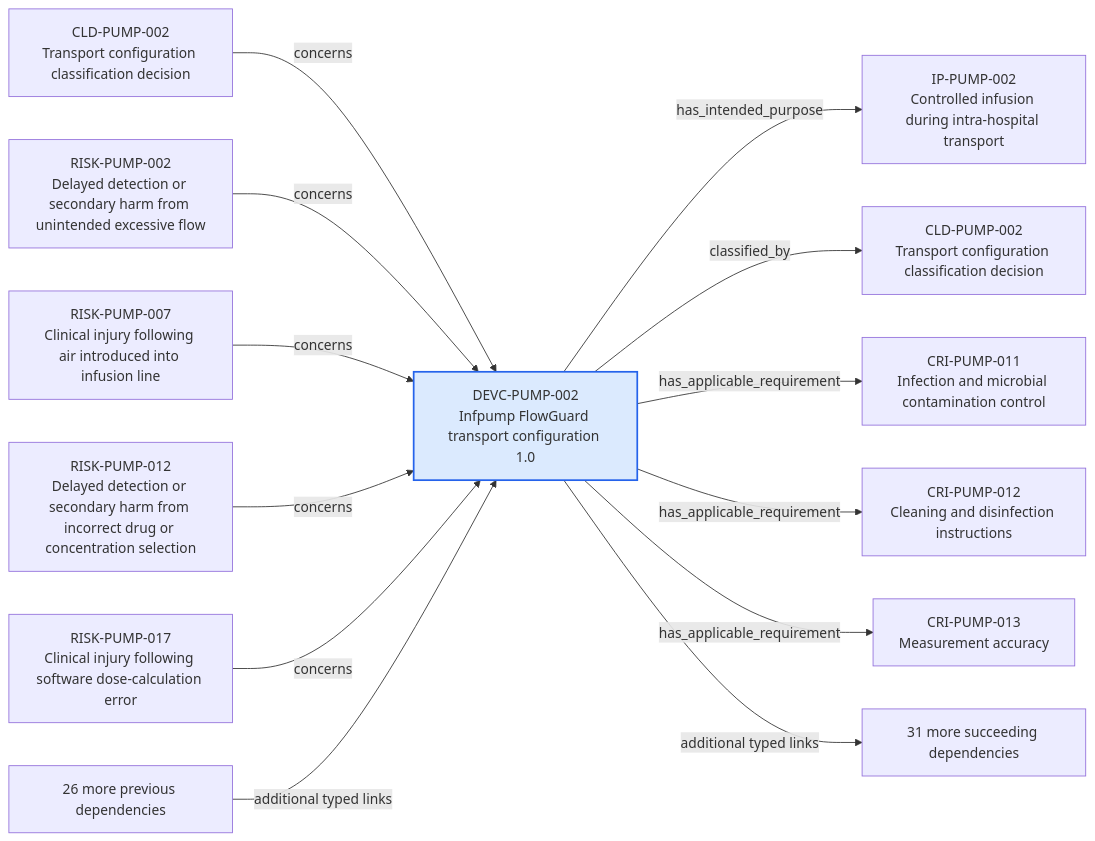
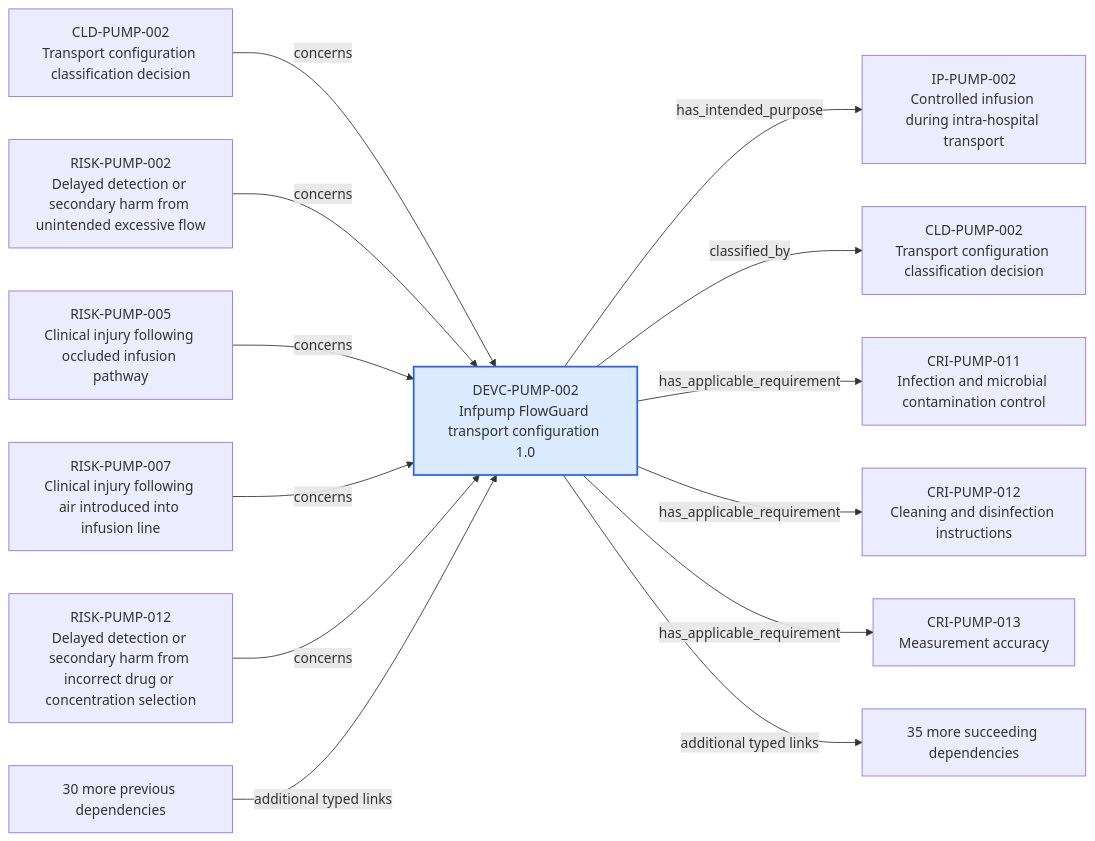
One commit to mvattulainen/mdrontology changed the diagram in content/06-Infpump FlowGuard ontology notes/device-configuration/DEVC-PUMP-002-infpump-flowguard-transport-configuration-10.md. Above: the diagram before and after it, drawn with Mermaid. The commit also changed other lines of this file and 321 other files, not shown here.

Commit message:
Implement Mermaid ontology audit findings

````diff
--- a/content/06-Infpump FlowGuard ontology notes/device-configuration/DEVC-PUMP-002-infpump-flowguard-transport-configuration-10.md
+++ b/content/06-Infpump FlowGuard ontology notes/device-configuration/DEVC-PUMP-002-infpump-flowguard-transport-configuration-10.md
@@ -159,30 +163,30 @@
 ```mermaid
 flowchart LR
   CURRENT["DEVC-PUMP-002<br/>Infpump FlowGuard transport configuration 1.0"]
   PREV0["CLD-PUMP-002<br/>Transport configuration classification decision"]
   PREV0 -->|"concerns"| CURRENT
   PREV1["RISK-PUMP-002<br/>Delayed detection or secondary harm from unintended excessive flow"]
   PREV1 -->|"concerns"| CURRENT
-  PREV2["RISK-PUMP-007<br/>Clinical injury following air introduced into infusion line"]
+  PREV2["RISK-PUMP-005<br/>Clinical injury following occluded infusion pathway"]
   PREV2 -->|"concerns"| CURRENT
-  PREV3["RISK-PUMP-012<br/>Delayed detection or secondary harm from incorrect drug or concentration selection"]
+  PREV3["RISK-PUMP-007<br/>Clinical injury following air introduced into infusion line"]
   PREV3 -->|"concerns"| CURRENT
-  PREV4["RISK-PUMP-017<br/>Clinical injury following software dose-calculation error"]
+  PREV4["RISK-PUMP-012<br/>Delayed detection or secondary harm from incorrect drug or concentration selection"]
   PREV4 -->|"concerns"| CURRENT
-  PREV_MORE["26 more previous dependencies"]
+  PREV_MORE["30 more previous dependencies"]
   PREV_MORE -->|"additional typed links"| CURRENT
   NEXT0["IP-PUMP-002<br/>Controlled infusion during intra-hospital transport"]
   CURRENT -->|"has_intended_purpose"| NEXT0
   NEXT1["CLD-PUMP-002<br/>Transport configuration classification decision"]
   CURRENT -->|"classified_by"| NEXT1
   NEXT2["CRI-PUMP-011<br/>Infection and microbial contamination control"]
   CURRENT -->|"has_applicable_requirement"| NEXT2
   NEXT3["CRI-PUMP-012<br/>Cleaning and disinfection instructions"]
   CURRENT -->|"has_applicable_requirement"| NEXT3
   NEXT4["CRI-PUMP-013<br/>Measurement accuracy"]
   CURRENT -->|"has_applicable_requirement"| NEXT4
-  NEXT_MORE["31 more succeeding dependencies"]
+  NEXT_MORE["35 more succeeding dependencies"]
   CURRENT -->|"additional typed links"| NEXT_MORE
   classDef current fill:#dbeafe,stroke:#2563eb,stroke-width:2px
   class CURRENT current
 ```
````
